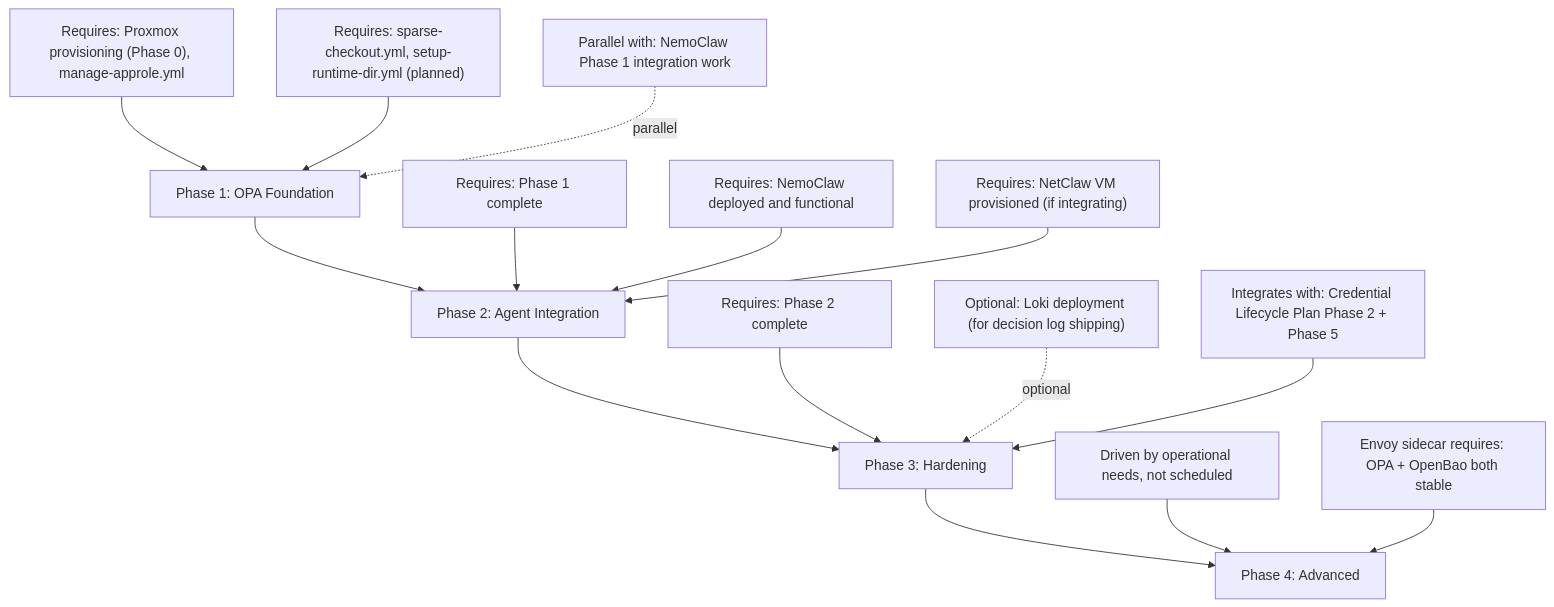
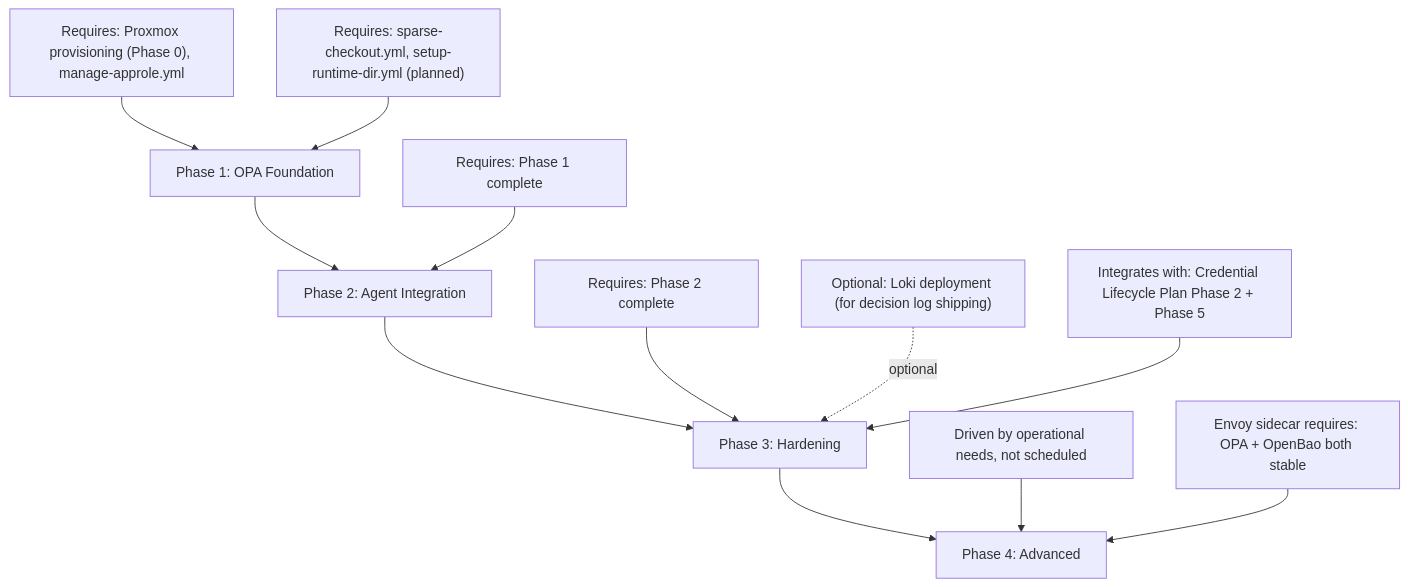
The fifth of 5 diagrams in plan/archive/development/OPA-INTEGRATION-PLAN.md (uhstray-io/agent-cloud), drawn with Mermaid before and after one commit. The commit also changed other lines of this file and 29 other files, not shown here.

````diff
--- a/plan/archive/development/OPA-INTEGRATION-PLAN.md
+++ b/plan/archive/development/OPA-INTEGRATION-PLAN.md
@@ -802,36 +778,30 @@
 ```mermaid
 graph TD
     P1["Phase 1: OPA Foundation"]
     P1R1["Requires: Proxmox provisioning (Phase 0), manage-approle.yml"]
     P1R2["Requires: sparse-checkout.yml, setup-runtime-dir.yml (planned)"]
-    P1R3["Parallel with: NemoClaw Phase 1 integration work"]
 
     P2["Phase 2: Agent Integration"]
     P2R1["Requires: Phase 1 complete"]
-    P2R2["Requires: NemoClaw deployed and functional"]
-    P2R3["Requires: NetClaw VM provisioned (if integrating)"]
 
     P3["Phase 3: Hardening"]
     P3R1["Requires: Phase 2 complete"]
     P3R2["Optional: Loki deployment (for decision log shipping)"]
     P3R3["Integrates with: Credential Lifecycle Plan Phase 2 + Phase 5"]
 
     P4["Phase 4: Advanced"]
     P4R1["Driven by operational needs, not scheduled"]
     P4R2["Envoy sidecar requires: OPA + OpenBao both stable"]
 
     P1R1 --> P1
     P1R2 --> P1
-    P1R3 -. "parallel" .-> P1
     P1 --> P2
     P2R1 --> P2
-    P2R2 --> P2
-    P2R3 --> P2
     P2 --> P3
     P3R1 --> P3
     P3R2 -. "optional" .-> P3
     P3R3 --> P3
     P3 --> P4
     P4R1 --> P4
     P4R2 --> P4
 ```
````
